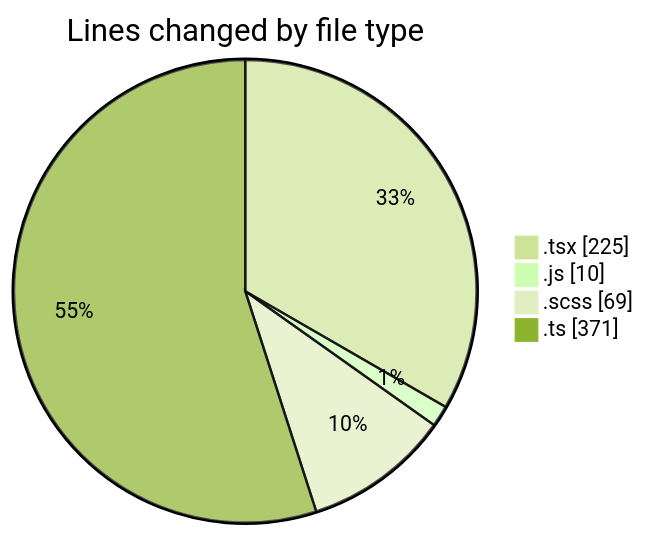
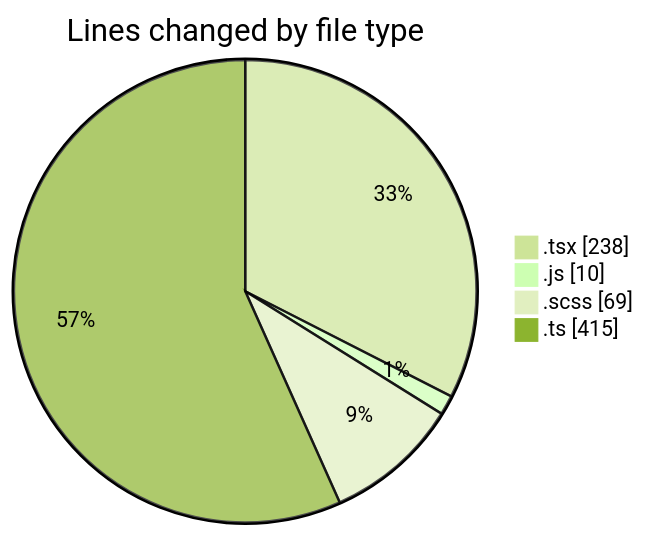
The first of 2 diagrams in 2026-08-25/cda/README.md (momahboobian/code-tracking), drawn with Mermaid (forest theme) before and after one commit. The commit also changed other lines of this file and 1 other file, not shown here.

````diff
--- a/2026-08-25/cda/README.md
+++ b/2026-08-25/cda/README.md
@@ -31,8 +32,8 @@
 ```mermaid
 pie showData
 title Lines changed by file type
-".tsx" : 225
+".tsx" : 238
 ".js" : 10
 ".scss" : 69
-".ts" : 371
+".ts" : 415
 ```
````
